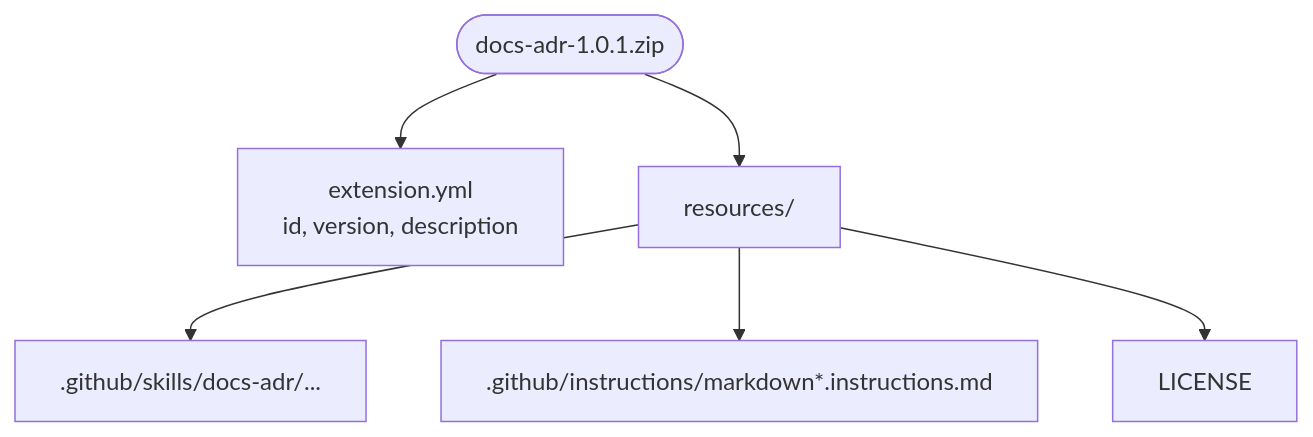
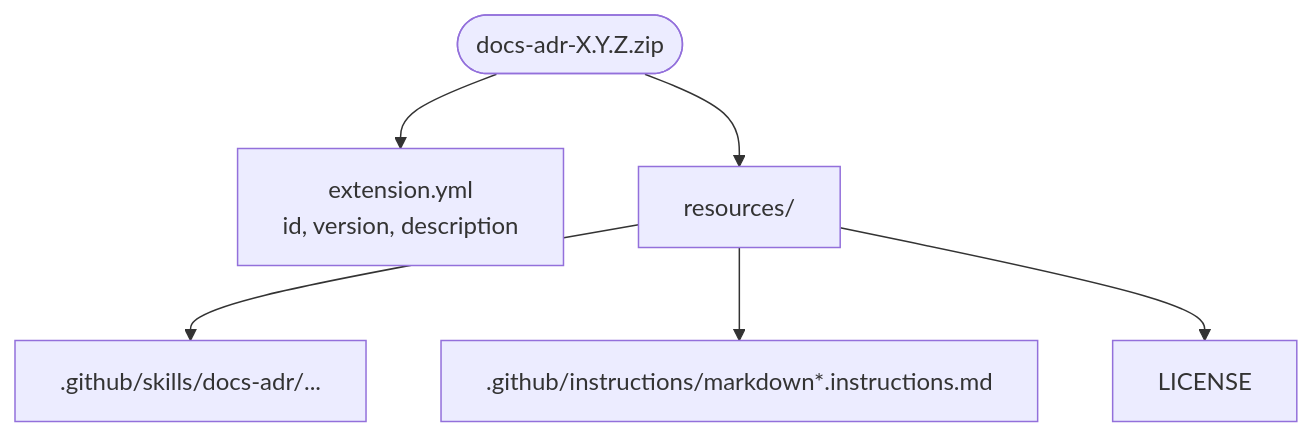
One commit to f2calv/.github changed the fourth of 7 diagrams in docs/architecture.md. Above: the diagram before and after it, drawn with Mermaid. The commit also changed other lines of this file and 24 other files, not shown here.

````diff
--- a/docs/architecture.md
+++ b/docs/architecture.md
@@ -120,15 +124,15 @@
 ```mermaid
 graph TD
-    zip([docs-adr-1.0.1.zip])
+    zip([docs-adr-X.Y.Z.zip])
     manifest[extension.yml<br/>id, version, description]
     res[resources/]
     skill[.github/skills/docs-adr/...]
     ext[.github/instructions/markdown*.instructions.md]
     lic[LICENSE]
 
     zip --> manifest
     zip --> res
     res --> skill
     res --> ext
     res --> lic
 ```
````
